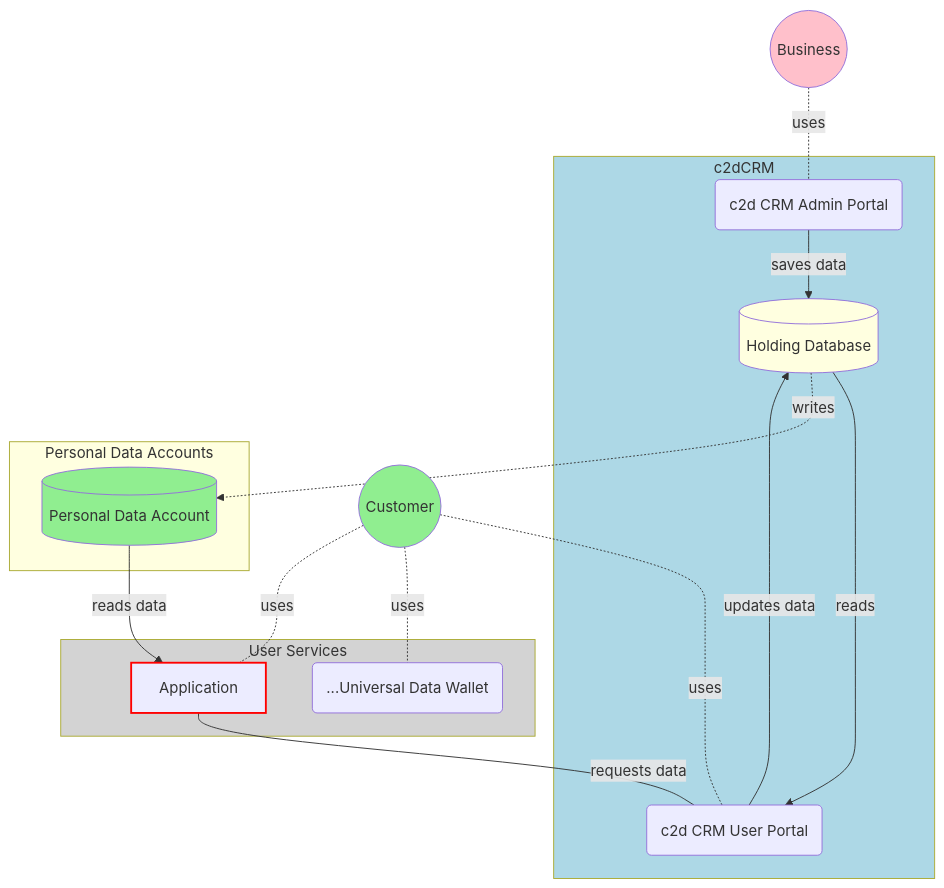
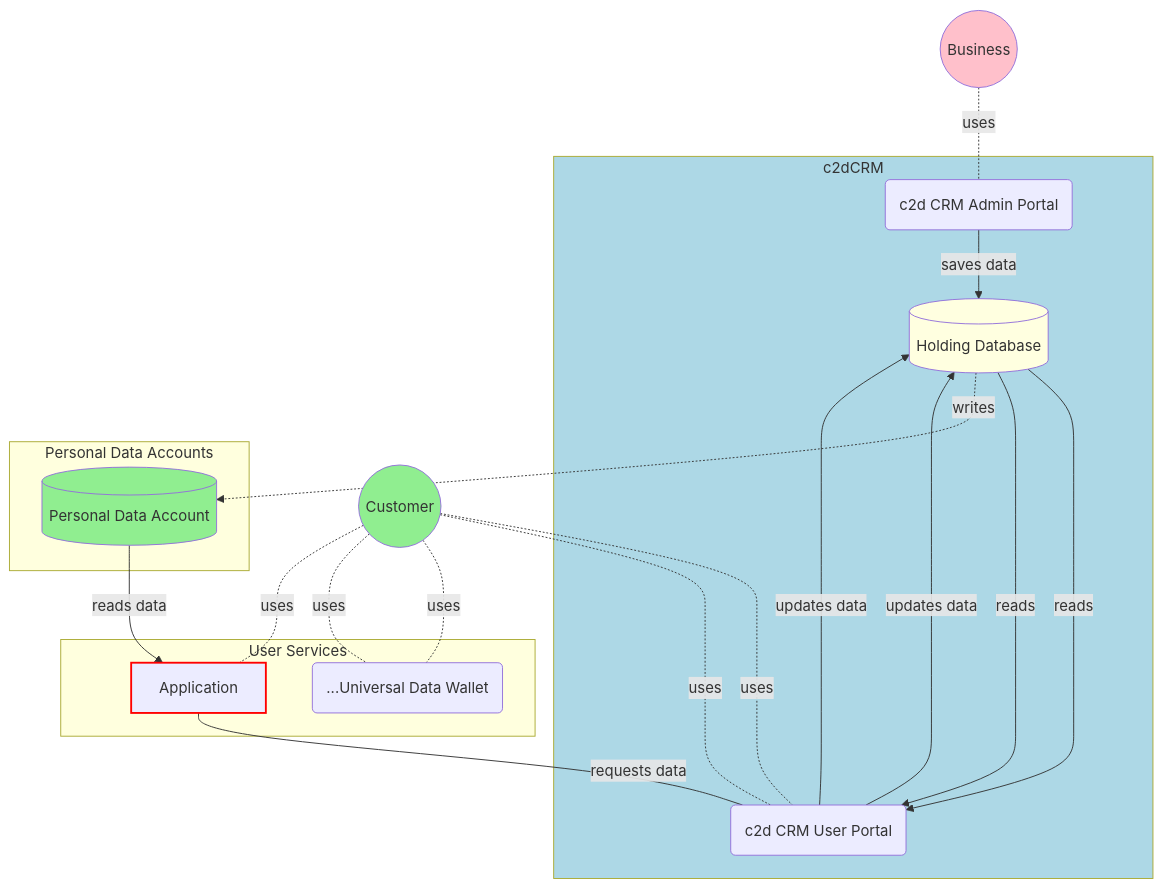
Before and after one commit to Play-Concepts/c2d-crm: the diagram in docs/c2d-crm-platform.md, drawn with Mermaid. The commit also changed 3 other files, not shown here.

````diff
--- a/docs/c2d-crm-platform.md
+++ b/docs/c2d-crm-platform.md
@@ -5,45 +5,68 @@
 ```mermaid
 graph TD
 	business((Business))
 	style business fill:pink;
 	
 	subgraph crm [c2dCRM]
 		admin(c2d CRM Admin Portal)
 		user_portal(c2d CRM User Portal)
 		database[(Holding Database)]
 	end
 	style crm fill:lightblue;
 	style database fill:lightyellow;
 	business -.-|uses| admin
 	admin -->|saves data| database
 	
 	database -->|reads| user_portal
 	
 	
 	customer((Customer))
 	style customer fill:lightgreen;
 	customer -.-|uses| user_portal
 	user_portal -->|updates data| database
 	
 	subgraph dataswift [Personal Data Accounts]
 		pda[(Personal Data Account)]
 	end
 	
 	style dataswift fill:lightyellow;
 	style pda fill:lightgreen;
 	customer -.-|uses| viewer
 	
 	subgraph app [User Services]
 		application[Application]
 		viewer(...Universal Data Wallet)
 	end
 	
 	
+	
+	database -->|reads| user_portal
+	
+	
+	customer((Customer))
+	style customer fill:lightgreen;
+	customer -.-|uses| user_portal
+	user_portal -->|updates data| database
+	
+	subgraph dataswift [Personal Data Accounts]
+		pda[(Personal Data Account)]
+	end
+	
+	style dataswift fill:lightyellow;
+	style pda fill:lightgreen;
+	customer -.-|uses| viewer
+	
+	subgraph app [User Services]
+		application[Application]
+		viewer(...Universal Data Wallet)
+	end
+	
+	
 	style app fill:lightgrey;
 	style application stroke:red;
 	style application stroke-width:2;
 	customer -.-|uses| application
 	application ---|requests data| user_portal
 	database -.->|writes| pda
 	pda -->|reads data| application	
 ```
````
